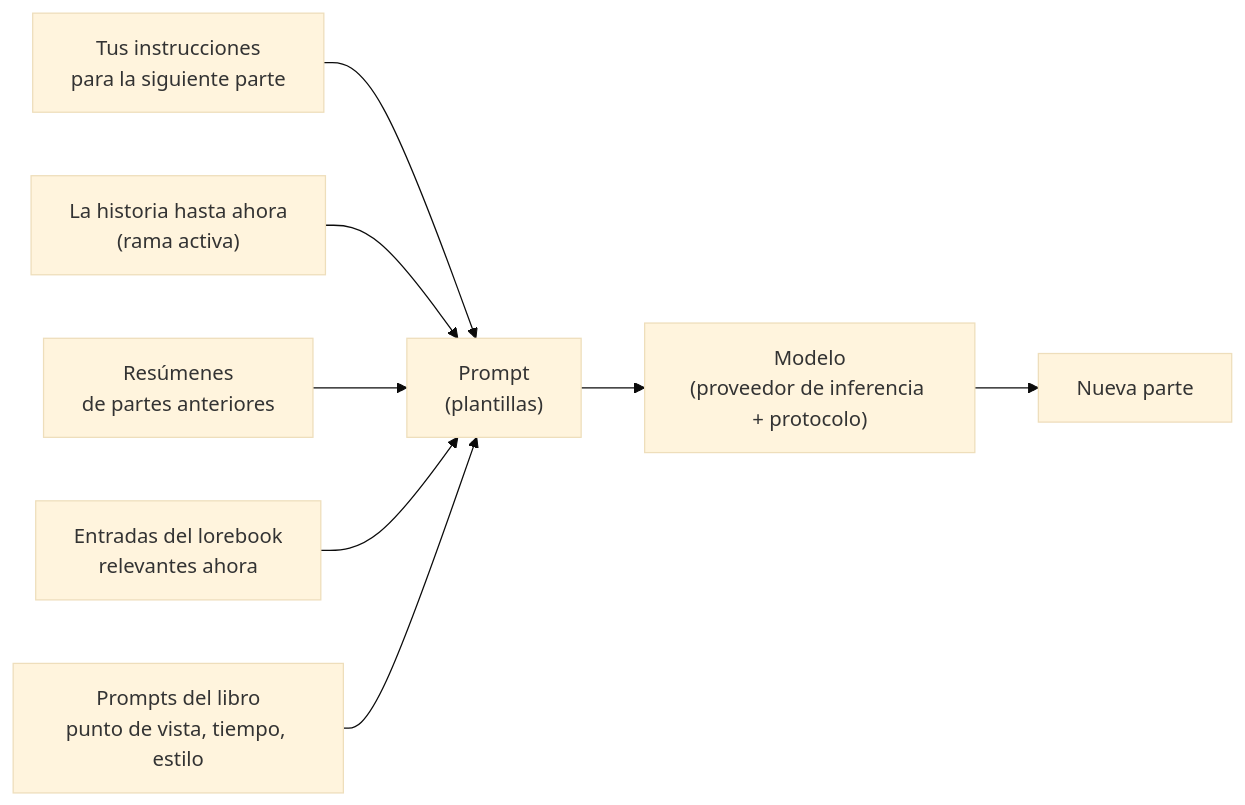
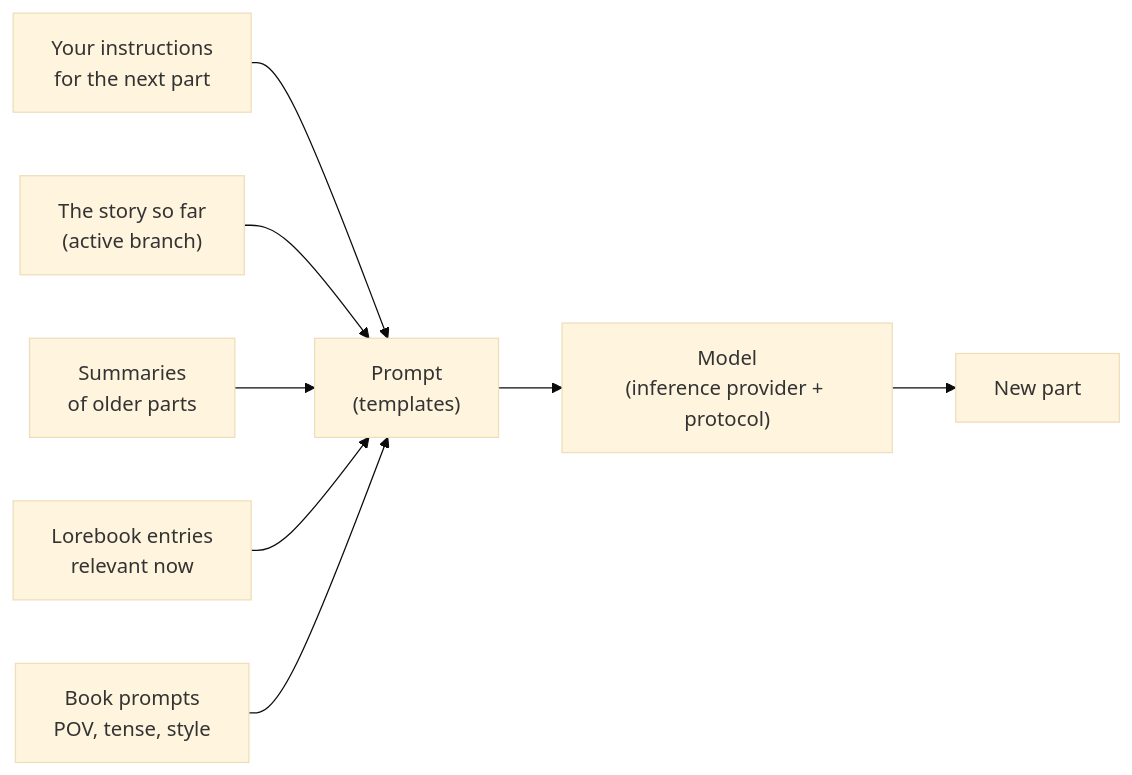
The diagram in translations/es/user/index.md (Enerccio/Marginalia), drawn with Mermaid (base theme) before and after one commit. The commit also changed other lines of this file and 197 other files, not shown here.

````diff
--- a/translations/es/user/index.md
+++ b/translations/es/user/index.md
@@ -20,10 +26,10 @@
 ```mermaid
 flowchart LR
-    instr["Tus instrucciones<br/>para la siguiente parte"] --> prompt
-    story["La historia hasta ahora<br/>(rama activa)"] --> prompt
-    sum["Resúmenes<br/>de partes anteriores"] --> prompt
-    lore["Entradas del lorebook<br/>relevantes ahora"] --> prompt
-    \style["Prompts del libro<br/>punto de vista, tiempo, estilo"] --> prompt
-    prompt["Prompt<br/>(plantillas)"] --> model["Modelo<br/>(proveedor de inferencia + protocolo)"]
-    model --> part["Nueva parte"]
+    instr["Your instructions<br/>for the next part"] --> prompt
+    story["The story so far<br/>(active branch)"] --> prompt
+    sum["Summaries<br/>of older parts"] --> prompt
+    lore["Lorebook entries<br/>relevant now"] --> prompt
+    \style["Book prompts<br/>POV, tense, style"] --> prompt
+    prompt["Prompt<br/>(templates)"] --> model["Model<br/>(inference provider + protocol)"]
+    model --> part["New part"]
 ```
````
